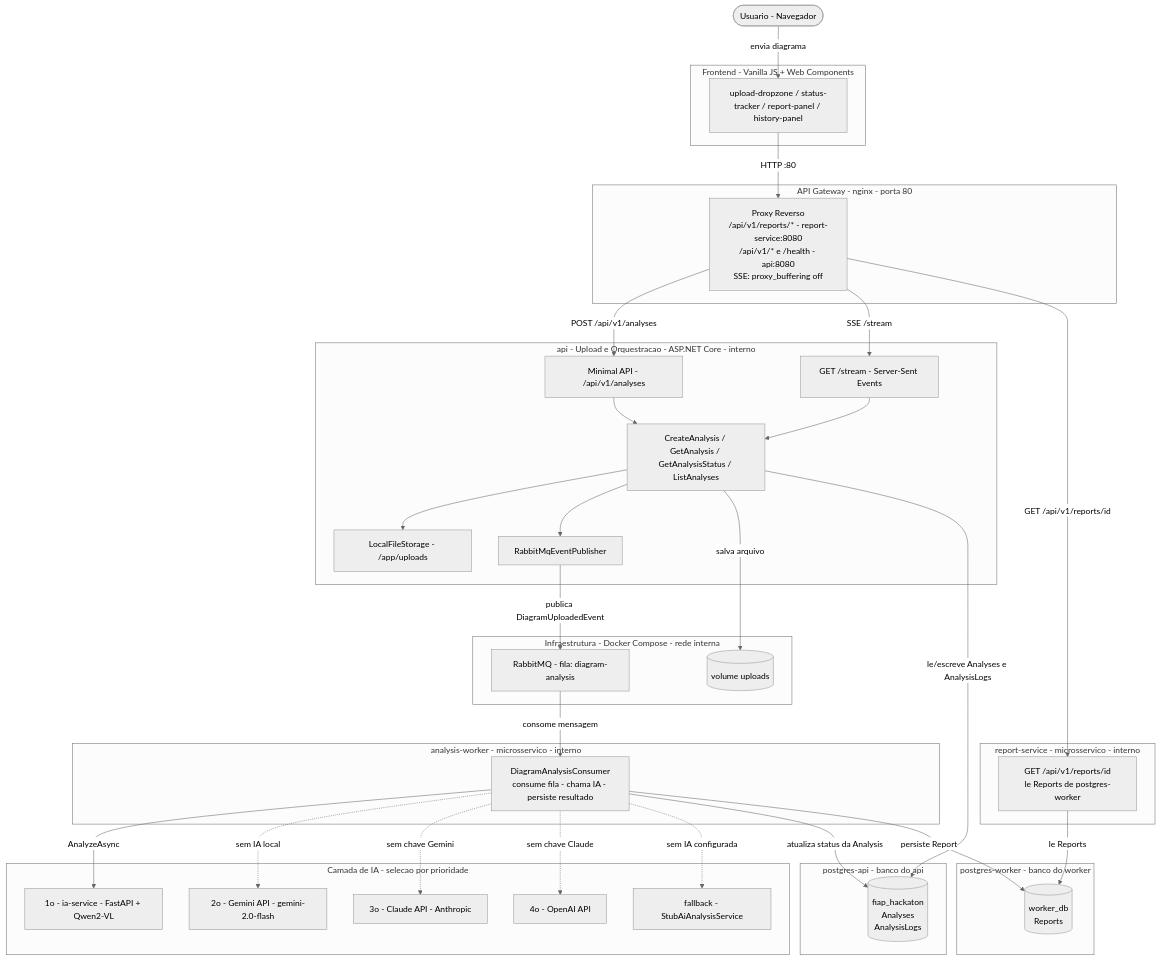
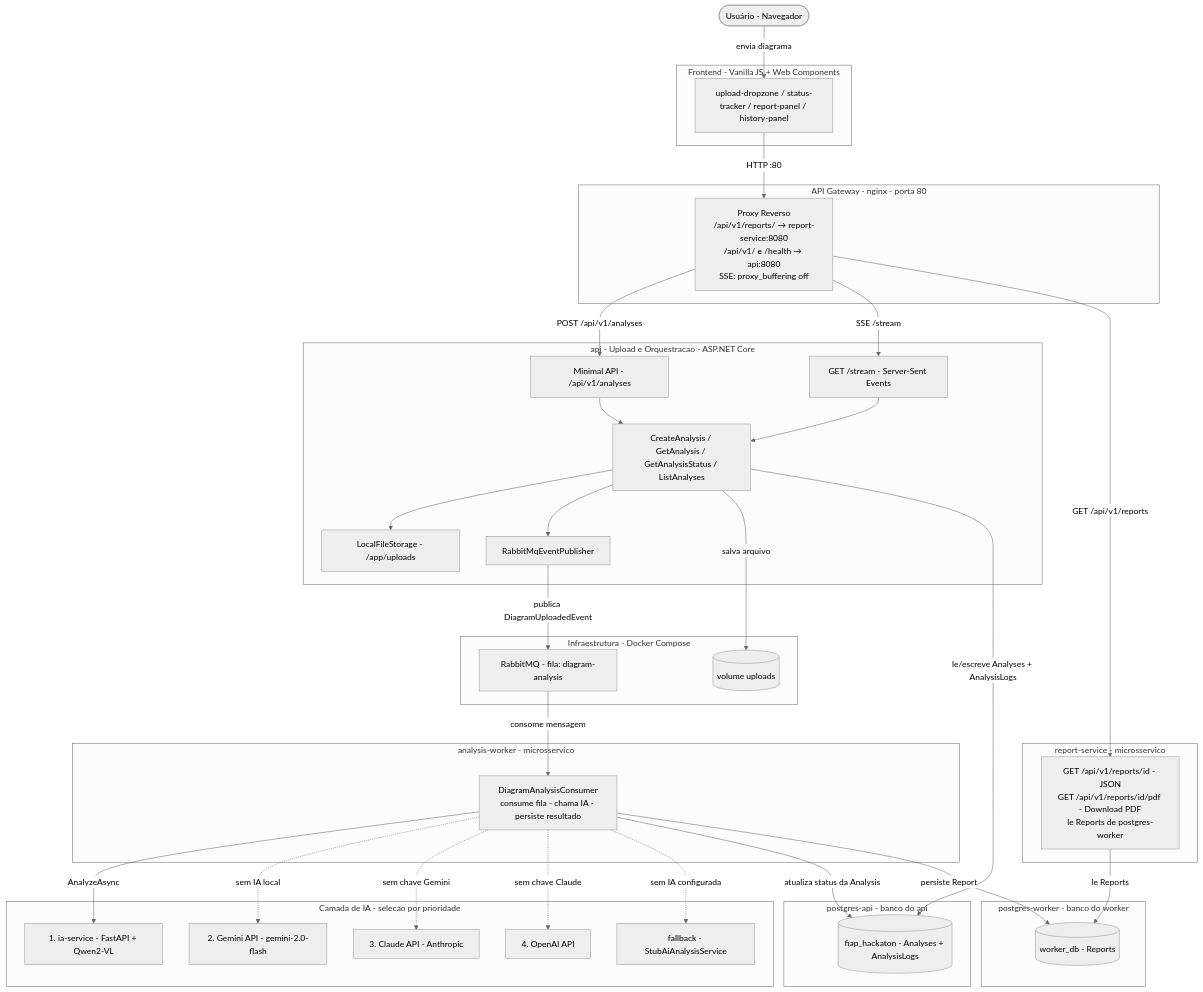
The diagram in README.md (GabrSobral/FIAP-Hackaton), drawn with Mermaid (neutral theme) before and after one commit. The commit also changed other lines of this file and 11 other files, not shown here.

````diff
--- a/README.md
+++ b/README.md
@@ -176,75 +178,81 @@
 ```mermaid
 flowchart TD
-    User(["Usuario - Navegador"])
+    User(["Usuário - Navegador"])
 
     subgraph Frontend["Frontend - Vanilla JS + Web Components"]
         UI["upload-dropzone / status-tracker / report-panel / history-panel"]
     end
 
     subgraph GW["API Gateway - nginx - porta 80"]
-        NGINX["Proxy Reverso<br/>/api/v1/reports/* - report-service:8080<br/>/api/v1/* e /health - api:8080<br/>SSE: proxy_buffering off"]
+        NGINX["`Proxy Reverso
+/api/v1/reports/ → report-service:8080
+/api/v1/ e /health → api:8080
+SSE: proxy_buffering off`"]
     end
 
-    subgraph API["api - Upload e Orquestracao - ASP.NET Core - interno"]
+    subgraph API["api - Upload e Orquestracao - ASP.NET Core"]
         EP["Minimal API - /api/v1/analyses"]
         SSE["GET /stream - Server-Sent Events"]
         SVC["CreateAnalysis / GetAnalysis / GetAnalysisStatus / ListAnalyses"]
         FS["LocalFileStorage - /app/uploads"]
         PUB["RabbitMqEventPublisher"]
 
         EP --> SVC
         SVC --> FS
         SVC --> PUB
     end
 
-    subgraph WORKER["analysis-worker - microsservico - interno"]
-        CON["DiagramAnalysisConsumer<br/>consume fila - chama IA - persiste resultado"]
+    subgraph WORKER["analysis-worker - microsservico"]
+        CON["`DiagramAnalysisConsumer
+consume fila - chama IA - persiste resultado`"]
     end
 
-    subgraph REPSVC["report-service - microsservico - interno"]
-        REP["GET /api/v1/reports/id<br/>le Reports de postgres-worker"]
+    subgraph REPSVC["report-service - microsservico"]
+        REP["`GET /api/v1/reports/id - JSON
+GET /api/v1/reports/id/pdf - Download PDF
+le Reports de postgres-worker`"]
     end
 
     subgraph DB_API["postgres-api - banco do api"]
-        PG_API[("fiap_hackaton<br/>Analyses<br/>AnalysisLogs")]
+        PG_API[("fiap_hackaton - Analyses + AnalysisLogs")]
     end
 
     subgraph DB_WORKER["postgres-worker - banco do worker"]
-        PG_WORKER[("worker_db<br/>Reports")]
+        PG_WORKER[("worker_db - Reports")]
     end
 
-    subgraph Infra["Infraestrutura - Docker Compose - rede interna"]
+    subgraph Infra["Infraestrutura - Docker Compose"]
         MQ["RabbitMQ - fila: diagram-analysis"]
         VOL[("volume uploads")]
     end
 
     subgraph AILayer["Camada de IA - selecao por prioridade"]
-        LOCAL["1o - ia-service - FastAPI + Qwen2-VL"]
-        GEMINI["2o - Gemini API - gemini-2.0-flash"]
-        CLAUDE["3o - Claude API - Anthropic"]
-        OPENAI["4o - OpenAI API"]
+        LOCAL["1. ia-service - FastAPI + Qwen2-VL"]
+        GEMINI["2. Gemini API - gemini-2.0-flash"]
+        CLAUDE["3. Claude API - Anthropic"]
+        OPENAI["4. OpenAI API"]
         STUB["fallback - StubAiAnalysisService"]
     end
 
     User -->|"envia diagrama"| UI
     UI -->|"HTTP :80"| NGINX
     NGINX -->|"POST /api/v1/analyses"| EP
     NGINX -->|"SSE /stream"| SSE
-    NGINX -->|"GET /api/v1/reports/id"| REP
+    NGINX -->|"GET /api/v1/reports"| REP
     SSE --> SVC
 
     SVC -->|"salva arquivo"| VOL
     PUB -->|"publica DiagramUploadedEvent"| MQ
     MQ -->|"consome mensagem"| CON
 
     CON -->|"AnalyzeAsync"| LOCAL
     CON -.->|"sem IA local"| GEMINI
     CON -.->|"sem chave Gemini"| CLAUDE
     CON -.->|"sem chave Claude"| OPENAI
     CON -.->|"sem IA configurada"| STUB
 
-    SVC -->|"le/escreve Analyses e AnalysisLogs"| PG_API
+    SVC -->|"le/escreve Analyses + AnalysisLogs"| PG_API
     CON -->|"atualiza status da Analysis"| PG_API
     CON -->|"persiste Report"| PG_WORKER
     REP -->|"le Reports"| PG_WORKER
 ```
````
